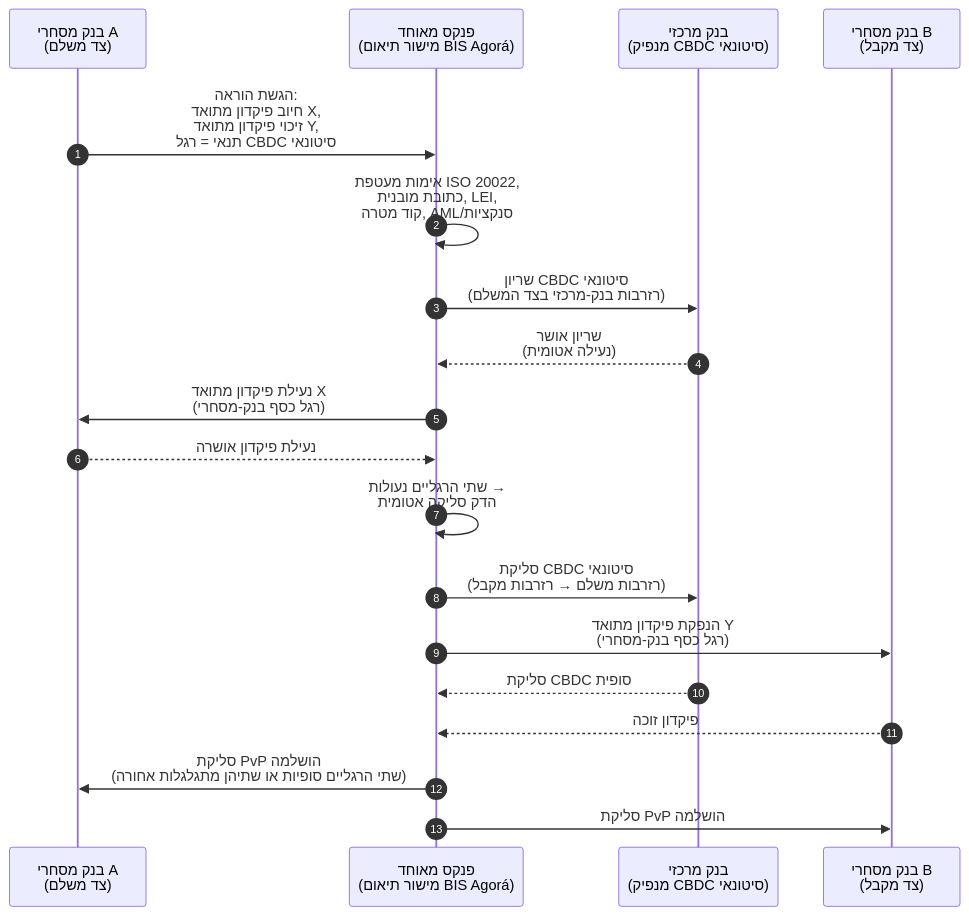
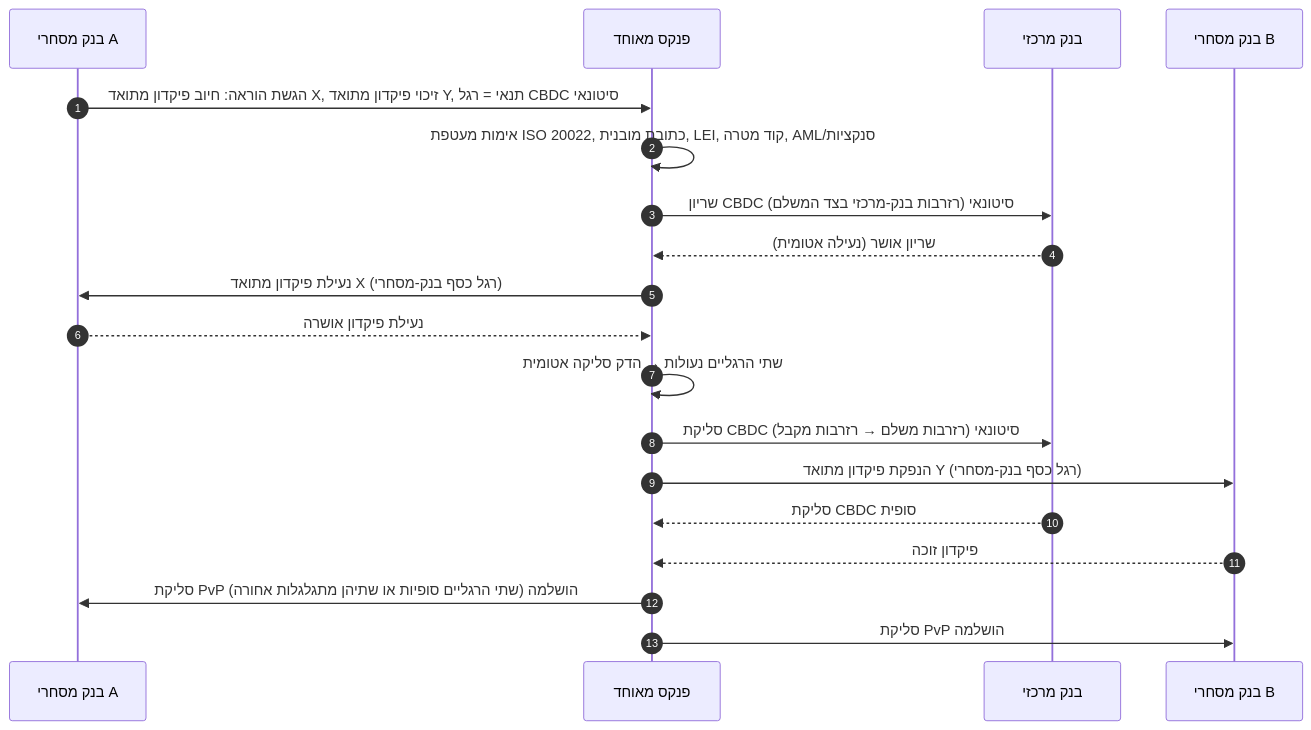
The diagram in _posts/he/2026-06-06-wholesale-payments-index-iso20022-tokenised-deposits-cross-border-2026.md (sebastienrousseau/sebastienrousseau.github.io), drawn with Mermaid before and after one commit. The commit also changed 2231 other files, not shown here.

First line of the commit message:
fix(mermaid): unblock Mermaid v10 rendering end-to-end (#198)

````diff
--- a/_posts/he/2026-06-06-wholesale-payments-index-iso20022-tokenised-deposits-cross-border-2026.md
+++ b/_posts/he/2026-06-06-wholesale-payments-index-iso20022-tokenised-deposits-cross-border-2026.md
@@ -170,22 +170,21 @@
 ```mermaid
 sequenceDiagram
     autonumber
-    participant CB_A as בנק מסחרי A<br/>(צד משלם)
-    participant UL as פנקס מאוחד<br/>(מישור תיאום BIS Agorá)
-    participant CBNK as בנק מרכזי<br/>(מנפיק CBDC סיטונאי)
-    participant CB_B as בנק מסחרי B<br/>(צד מקבל)
-
-    CB_A->>UL: הגשת הוראה:<br/>חיוב פיקדון מתואד X,<br/>זיכוי פיקדון מתואד Y,<br/>תנאי = רגל CBDC סיטונאי
-    UL->>UL: אימות מעטפת ISO 20022,<br/>כתובת מובנית, LEI,<br/>קוד מטרה, AML/סנקציות
-    UL->>CBNK: שריון CBDC סיטונאי<br/>(רזרבות בנק-מרכזי בצד המשלם)
-    CBNK-->>UL: שריון אושר<br/>(נעילה אטומית)
-    UL->>CB_A: נעילת פיקדון מתואד X<br/>(רגל כסף בנק-מסחרי)
+    participant CB_A as בנק מסחרי A
+    participant UL as פנקס מאוחד
+    participant CBNK as בנק מרכזי
+    participant CB_B as בנק מסחרי B
+    CB_A->>UL: הגשת הוראה: חיוב פיקדון מתואד X, זיכוי פיקדון מתואד Y, תנאי = רגל CBDC סיטונאי
+    UL->>UL: אימות מעטפת ISO 20022, כתובת מובנית, LEI, קוד מטרה, AML/סנקציות
+    UL->>CBNK: שריון CBDC סיטונאי (רזרבות בנק-מרכזי בצד המשלם)
+    CBNK-->>UL: שריון אושר (נעילה אטומית)
+    UL->>CB_A: נעילת פיקדון מתואד X (רגל כסף בנק-מסחרי)
     CB_A-->>UL: נעילת פיקדון אושרה
-    UL->>UL: שתי הרגליים נעולות →<br/>הדק סליקה אטומית
-    UL->>CBNK: סליקת CBDC סיטונאי<br/>(רזרבות משלם → רזרבות מקבל)
-    UL->>CB_B: הנפקת פיקדון מתואד Y<br/>(רגל כסף בנק-מסחרי)
+    UL->>UL: שתי הרגליים נעולות → הדק סליקה אטומית
+    UL->>CBNK: סליקת CBDC סיטונאי (רזרבות משלם → רזרבות מקבל)
+    UL->>CB_B: הנפקת פיקדון מתואד Y (רגל כסף בנק-מסחרי)
     CBNK-->>UL: סליקת CBDC סופית
     CB_B-->>UL: פיקדון זוכה
-    UL->>CB_A: סליקת PvP הושלמה<br/>(שתי הרגליים סופיות או שתיהן מתגלגלות אחורה)
+    UL->>CB_A: סליקת PvP הושלמה (שתי הרגליים סופיות או שתיהן מתגלגלות אחורה)
     UL->>CB_B: סליקת PvP הושלמה
 ```
````
